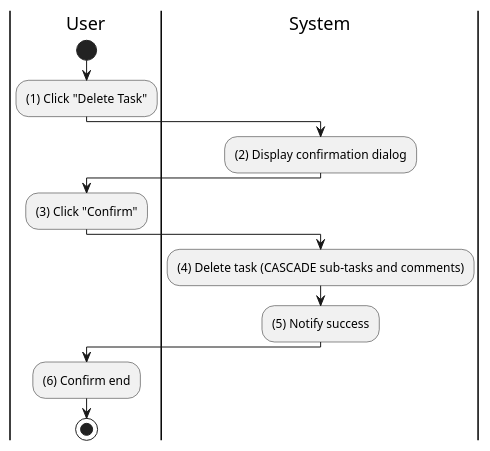
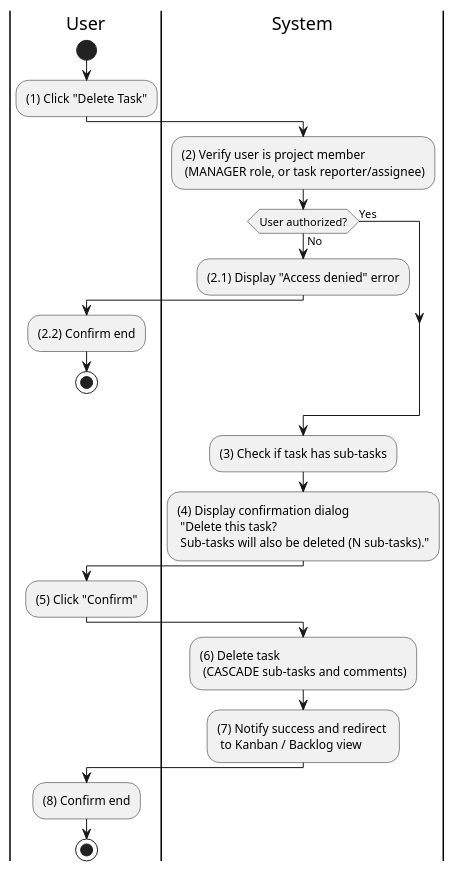
Before and after one commit to taskpilot-platform/taskpilot-platform.github.io: the diagram in docs/docs/activity/task-management/delete-task.md, drawn with PlantUML. The commit also changed 14 other files, not shown here.

First line of the commit message:
feat(activity): expand batch 2 activity diagrams to ~40-50 lines

````diff
--- a/docs/docs/activity/task-management/delete-task.md
+++ b/docs/docs/activity/task-management/delete-task.md
@@ -3,25 +3,37 @@
 ```plantuml
 @startuml
 |U|User
 |S|System
 
 |U|
 start
 :(1) Click "Delete Task";
 
 |S|
-:(2) Display confirmation dialog;
+:(2) Verify user is project member \n (MANAGER role, or task reporter/assignee);
+
+if (User authorized?) then (No)
+  :(2.1) Display "Access denied" error;
+  |U|
+  :(2.2) Confirm end;
+  stop
+else (Yes)
+endif
+
+|S|
+:(3) Check if task has sub-tasks;
+:(4) Display confirmation dialog \n "Delete this task? \n Sub-tasks will also be deleted (N sub-tasks).";
 
 |U|
-:(3) Click "Confirm";
+:(5) Click "Confirm";
 
 |S|
-:(4) Delete task (CASCADE sub-tasks and comments);
-:(5) Notify success;
+:(6) Delete task \n (CASCADE sub-tasks and comments);
+:(7) Notify success and redirect \n to Kanban / Backlog view;
 
 |U|
-:(6) Confirm end;
+:(8) Confirm end;
 
 stop
 @enduml
 ```
````
